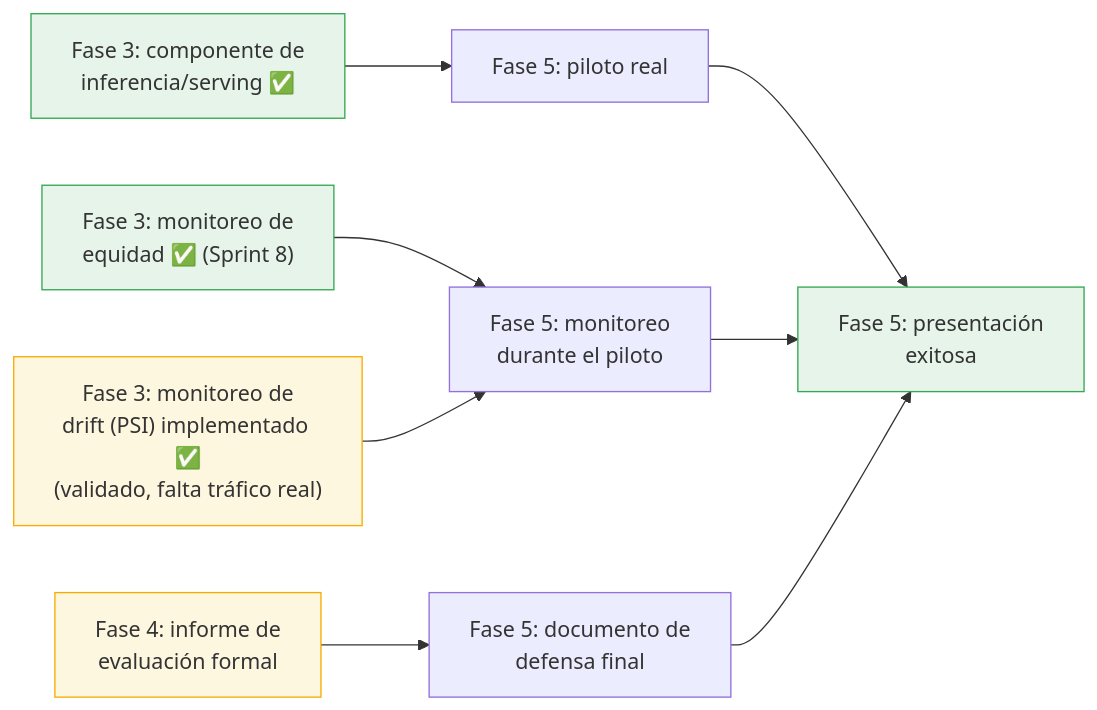
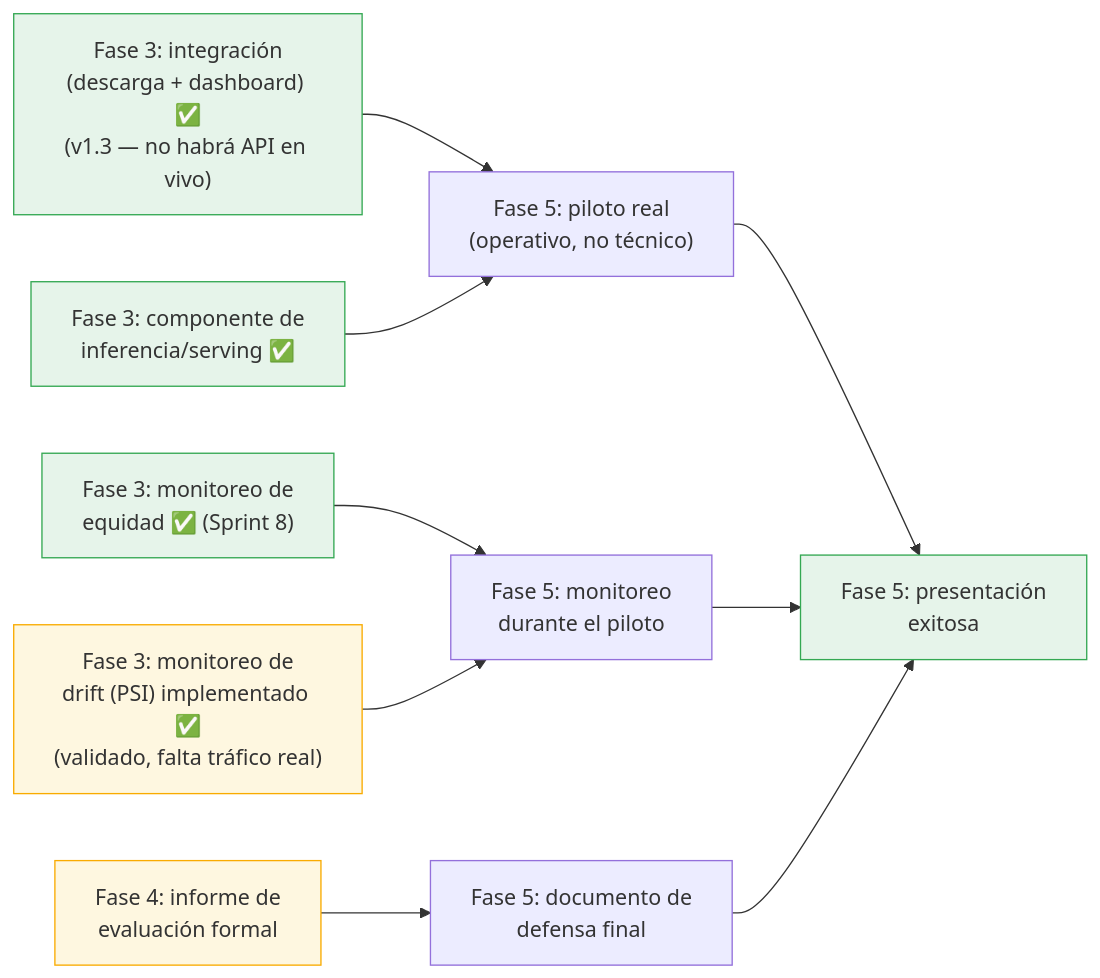
One commit to LuisChica18/proyecto-mia-rocktec changed the diagram in 05_documentacion/DIAGNOSTICO_FASES_3_4_5.md. Above: the diagram before and after it, drawn with Mermaid. The commit also changed other lines of this file and 5 other files, not shown here.

````diff
--- a/05_documentacion/DIAGNOSTICO_FASES_3_4_5.md
+++ b/05_documentacion/DIAGNOSTICO_FASES_3_4_5.md
@@ -119,16 +140,18 @@
 ```mermaid
 flowchart LR
-    F3A["Fase 3: componente de\ninferencia/serving ✅"] --> F5A["Fase 5: piloto real"]
+    F3D["Fase 3: integración\n(descarga + dashboard) ✅\n(v1.3 — no habrá API en vivo)"] --> F5A["Fase 5: piloto real\n(operativo, no técnico)"]
+    F3A["Fase 3: componente de\ninferencia/serving ✅"] --> F5A
     F3C["Fase 3: monitoreo de\nequidad ✅ (Sprint 8)"] --> F5B
     F3B["Fase 3: monitoreo de\ndrift (PSI) implementado ✅\n(validado, falta tráfico real)"] --> F5B["Fase 5: monitoreo\ndurante el piloto"]
     F4["Fase 4: informe de\nevaluación formal"] --> F5C["Fase 5: documento de\ndefensa final"]
     F5A --> F5D["Fase 5: presentación\nexitosa"]
     F5B --> F5D
     F5C --> F5D
 
+    style F3D fill:#e6f4ea,stroke:#34a853
     style F3A fill:#e6f4ea,stroke:#34a853
     style F3C fill:#e6f4ea,stroke:#34a853
     style F3B fill:#fef7e0,stroke:#f9ab00
     style F4 fill:#fef7e0,stroke:#f9ab00
     style F5D fill:#e6f4ea,stroke:#34a853
 ```
````
